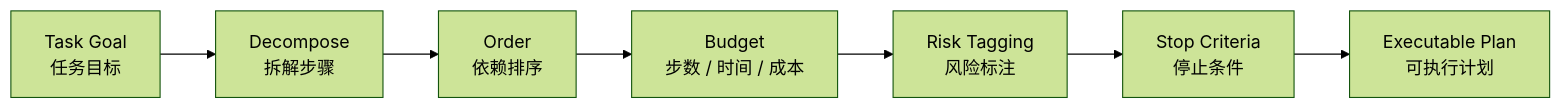
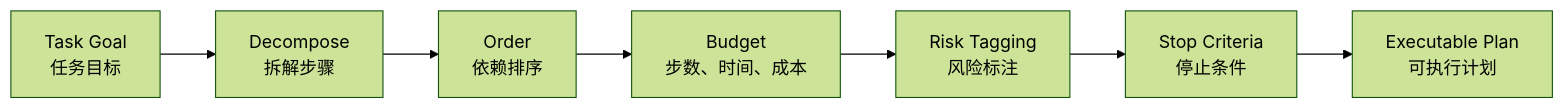
Diagram 12 of 13 in books/ai-book/src/part3/03-agent-runtime.md (wxquare/wxquare.github.io), drawn with Mermaid (forest theme) before and after one commit. The commit also changed other lines of this file and 3 other files, not shown here.

````diff
--- a/books/ai-book/src/part3/03-agent-runtime.md
+++ b/books/ai-book/src/part3/03-agent-runtime.md
@@ -2967,12 +1680,12 @@
 ```mermaid
 flowchart LR
     Goal["Task Goal<br/>任务目标"]
     Decompose["Decompose<br/>拆解步骤"]
     Order["Order<br/>依赖排序"]
-    Budget["Budget<br/>步数 / 时间 / 成本"]
+    Budget["Budget<br/>步数、时间、成本"]
     Risk["Risk Tagging<br/>风险标注"]
     Stop["Stop Criteria<br/>停止条件"]
     Plan["Executable Plan<br/>可执行计划"]
 
     Goal --> Decompose --> Order --> Budget --> Risk --> Stop --> Plan
 ```
````
